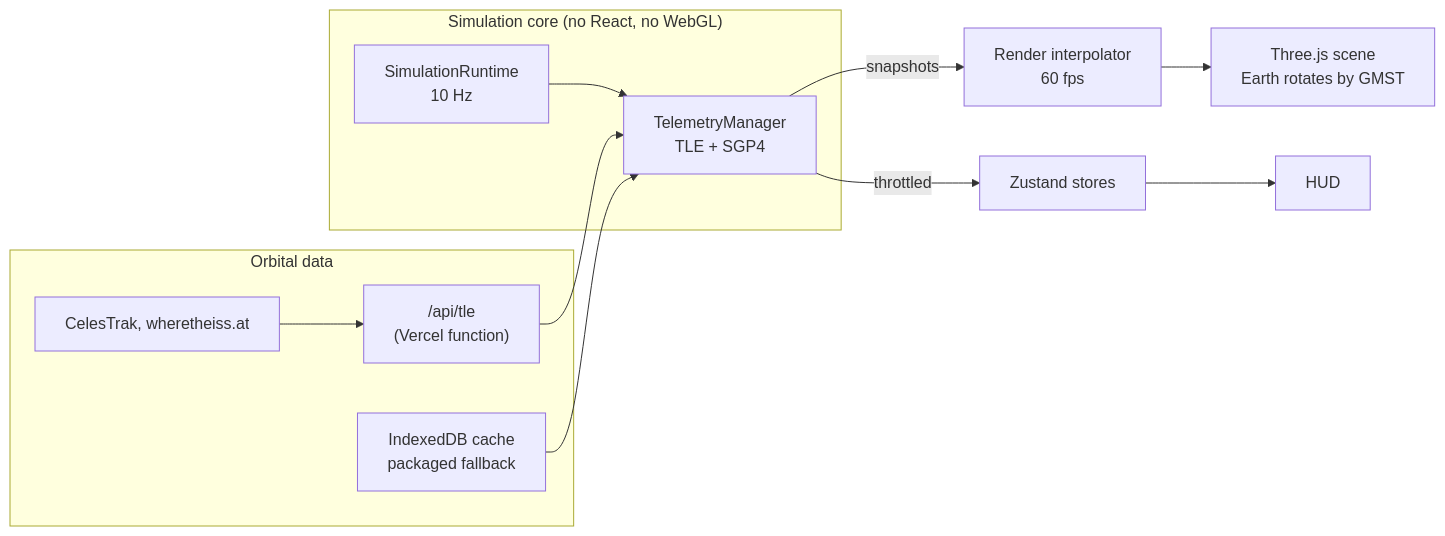
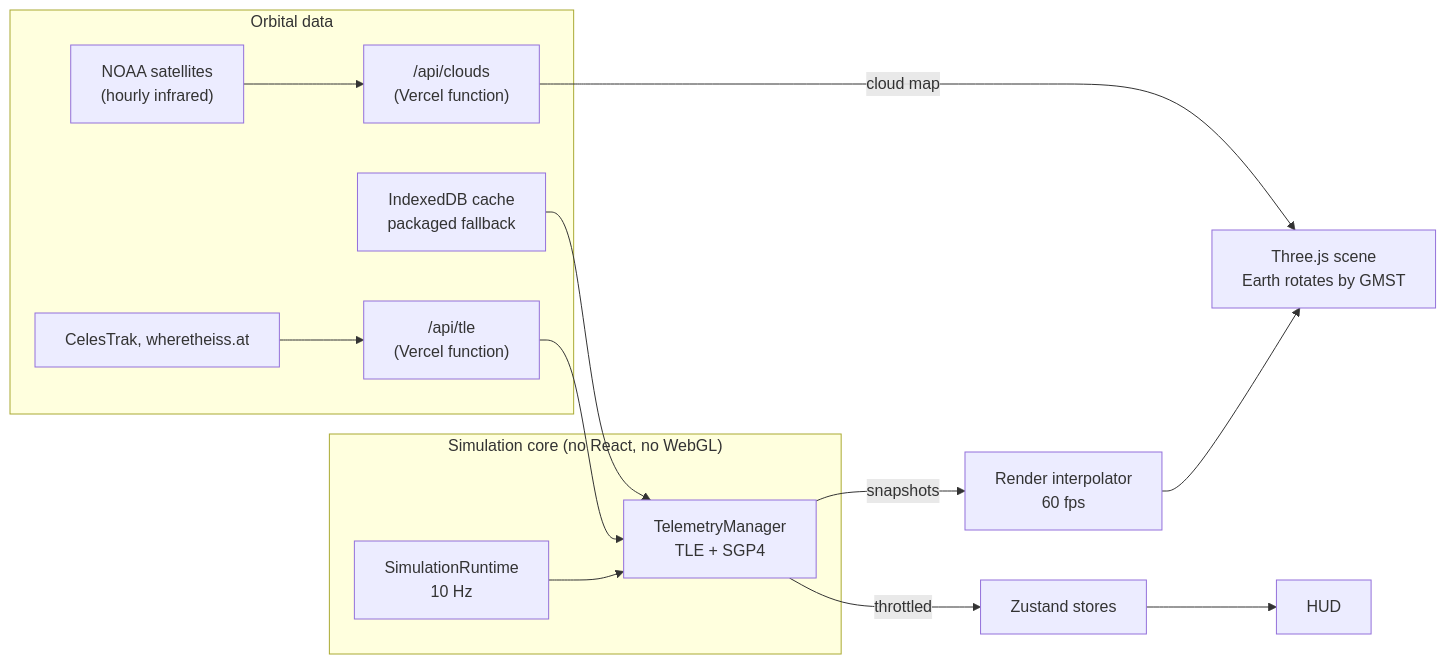
The diagram in README.md (slklnarnv/orbital), drawn with Mermaid before and after one commit. The commit also changed other lines of this file and 3 other files, not shown here.

````diff
--- a/README.md
+++ b/README.md
@@ -80,14 +79,16 @@
 ```mermaid
 flowchart LR
   subgraph data [Orbital data]
     P["CelesTrak, wheretheiss.at"] --> F["/api/tle<br/>(Vercel function)"]
     C["IndexedDB cache<br/>packaged fallback"]
+    N["NOAA satellites<br/>(hourly infrared)"] --> K["/api/clouds<br/>(Vercel function)"]
   end
   subgraph core ["Simulation core (no React, no WebGL)"]
     R["SimulationRuntime<br/>10 Hz"] --> T["TelemetryManager<br/>TLE + SGP4"]
   end
   F --> T
   C --> T
   T -->|snapshots| I["Render interpolator<br/>60 fps"] --> S["Three.js scene<br/>Earth rotates by GMST"]
   T -->|throttled| H["Zustand stores"] --> U["HUD"]
+  K -->|cloud map| S
 ```
````
